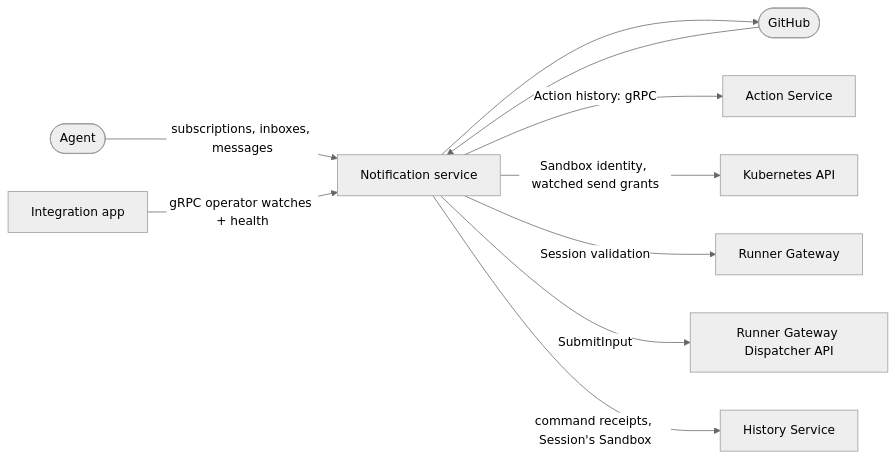
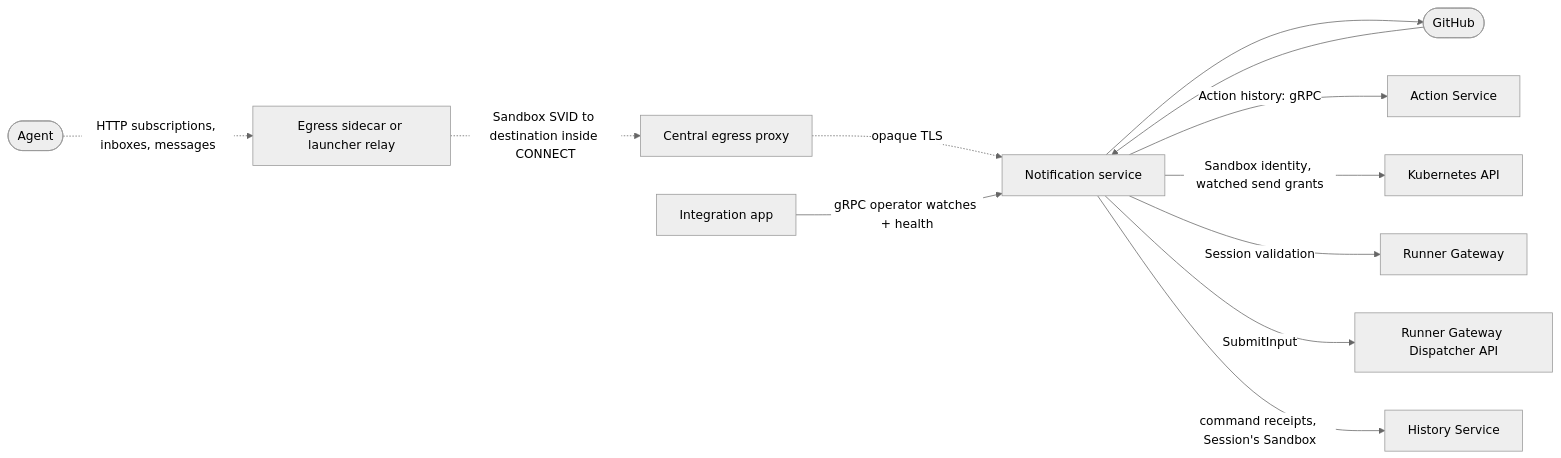
One commit to agentydragon/ducktape changed the eighth of 9 diagrams in agentplane/docs/system_overview.md. Above: the diagram before and after it, drawn with Mermaid (neutral theme). The commit also changed other lines of this file and 24 other files, not shown here.

Commit message:
Authenticate Notification workload ingress with service-owned SVID TLS

````diff
--- a/agentplane/docs/system_overview.md
+++ b/agentplane/docs/system_overview.md
@@ -483,22 +489,26 @@
 ```mermaid
 flowchart LR
     agent([Agent])
     app[Integration app]
     github([GitHub])
     notifications[Notification service]
     actions[Action Service]
     k8s[Kubernetes API]
     gateway[Runner Gateway]
     dispatcher[Runner Gateway Dispatcher API]
     history[History Service]
 
-    agent -->|subscriptions, inboxes, messages| notifications
+    sidecar[Egress sidecar or launcher relay]
+    proxy[Central egress proxy]
+    agent -.->|HTTP subscriptions, inboxes, messages| sidecar
+    sidecar -.->|Sandbox SVID to destination inside CONNECT| proxy
+    proxy -.->|opaque TLS| notifications
     app -->|gRPC operator watches + health| notifications
     github --> notifications
     notifications --> github
     notifications -->|Action history: gRPC| actions
     notifications -->|Sandbox identity, watched send grants| k8s
     notifications -->|Session validation| gateway
     notifications -->|SubmitInput| dispatcher
     notifications -->|command receipts, Session's Sandbox| history
 ```
````
